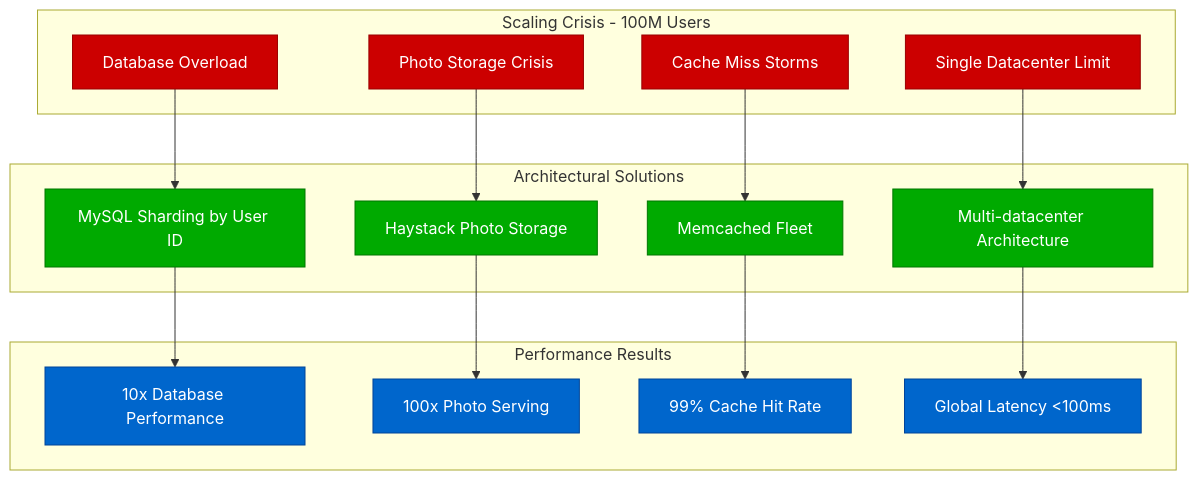
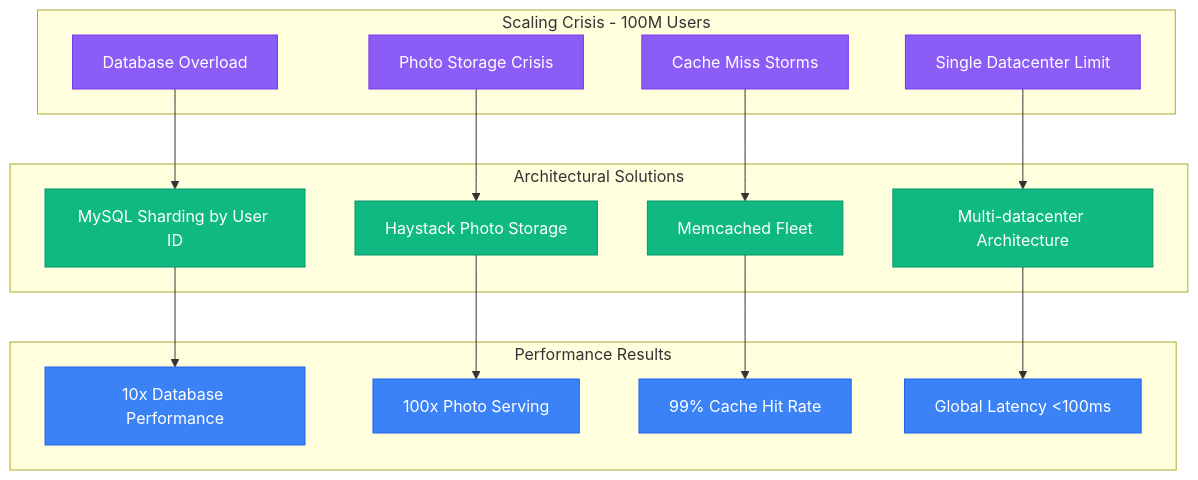
One commit to deepaucksharma/DS changed the tenth of 11 diagrams in site/docs/systems/meta/scale-evolution.md. Above: the diagram before and after it, drawn with Mermaid. The commit also changed other lines of this file and 303 other files, not shown here.

````diff
--- a/site/docs/systems/meta/scale-evolution.md
+++ b/site/docs/systems/meta/scale-evolution.md
@@ -404,41 +404,41 @@
 ```mermaid
 graph TB
     subgraph Problem[Scaling Crisis - 100M Users]
         DB_OVERLOAD[Database Overload]
         PHOTO_STORAGE[Photo Storage Crisis]
         CACHE_MISSES[Cache Miss Storms]
         SINGLE_DC[Single Datacenter Limit]
     end
 
     subgraph Solution[Architectural Solutions]
         MYSQL_SHARDING[MySQL Sharding by User ID]
         HAYSTACK_V1[Haystack Photo Storage]
         MEMCACHE_FLEET[Memcached Fleet]
         MULTI_DC[Multi-datacenter Architecture]
     end
 
     subgraph Results[Performance Results]
         DB_PERF[10x Database Performance]
         PHOTO_PERF[100x Photo Serving]
         CACHE_PERF[99% Cache Hit Rate]
         GLOBAL_PERF[Global Latency <100ms]
     end
 
     DB_OVERLOAD --> MYSQL_SHARDING
     PHOTO_STORAGE --> HAYSTACK_V1
     CACHE_MISSES --> MEMCACHE_FLEET
     SINGLE_DC --> MULTI_DC
 
     MYSQL_SHARDING --> DB_PERF
     HAYSTACK_V1 --> PHOTO_PERF
     MEMCACHE_FLEET --> CACHE_PERF
     MULTI_DC --> GLOBAL_PERF
 
-    classDef problemStyle fill:#CC0000,stroke:#990000,color:#fff
-    classDef solutionStyle fill:#00AA00,stroke:#007700,color:#fff
-    classDef resultStyle fill:#0066CC,stroke:#004499,color:#fff
+    classDef problemStyle fill:#8B5CF6,stroke:#7C3AED,color:#fff
+    classDef solutionStyle fill:#10B981,stroke:#059669,color:#fff
+    classDef resultStyle fill:#3B82F6,stroke:#2563EB,color:#fff
 
     class DB_OVERLOAD,PHOTO_STORAGE,CACHE_MISSES,SINGLE_DC problemStyle
     class MYSQL_SHARDING,HAYSTACK_V1,MEMCACHE_FLEET,MULTI_DC solutionStyle
     class DB_PERF,PHOTO_PERF,CACHE_PERF,GLOBAL_PERF resultStyle
 ```
````
